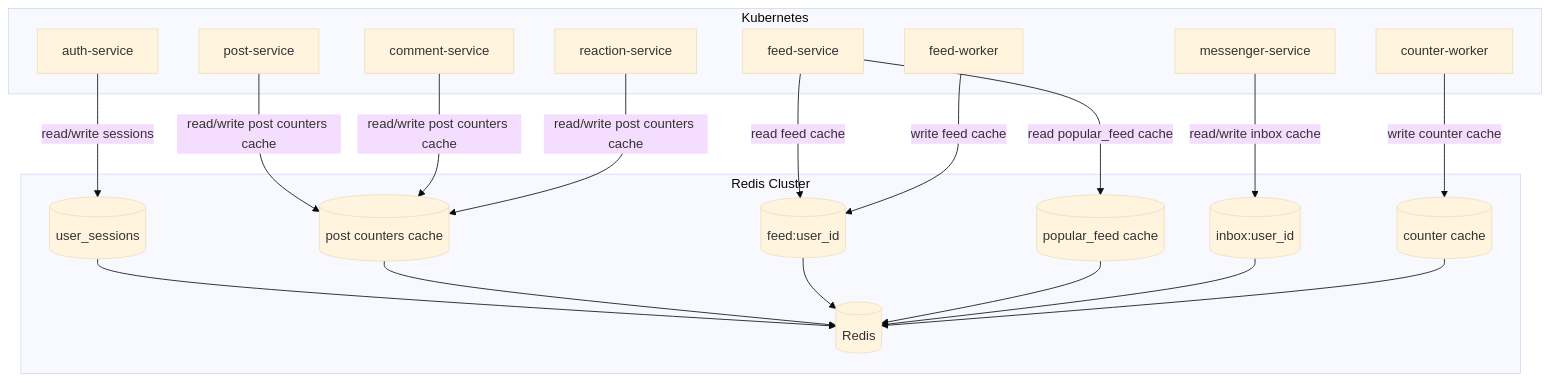
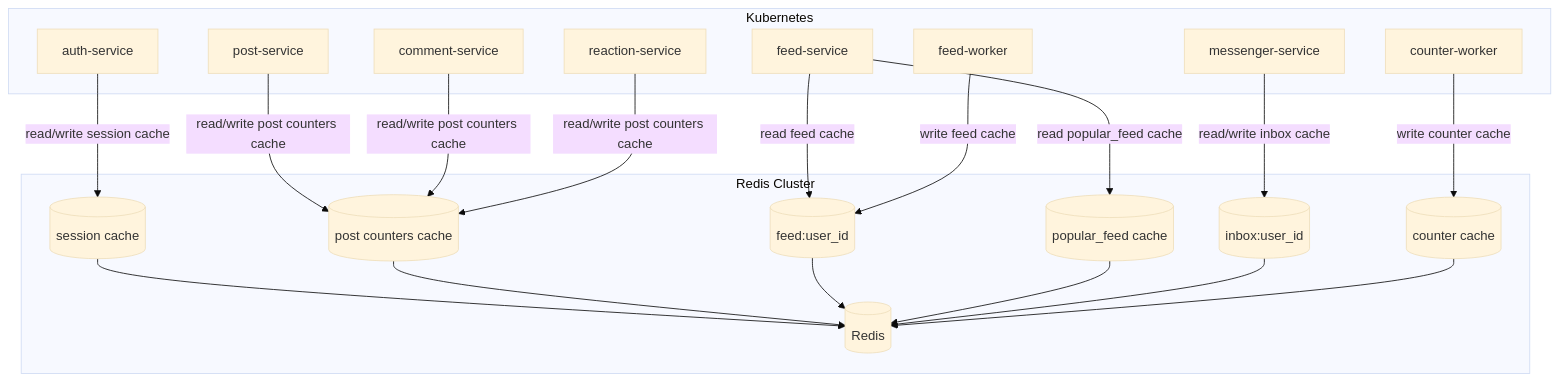
The fourth of 7 diagrams in hw/10.md (sorrtory/VkEdu-Highload), drawn with Mermaid (base theme) before and after one commit. The commit also changed other lines of this file and 9 other files, not shown here.

````diff
--- a/hw/10.md
+++ b/hw/10.md
@@ -312,46 +313,46 @@
 ```mermaid
 flowchart TB
     subgraph k8s["Kubernetes"]
         Auth[auth-service]
         Post[post-service]
         Comment[comment-service]
         Reaction[reaction-service]
         Feed[feed-service]
         Messenger[messenger-service]
 
         FeedWorker[feed-worker]
         CounterWorker[counter-worker]
     end
 
     subgraph Redis["Redis Cluster"]
         RedisNode[(Redis)]
 
-        UserSessions[("user_sessions")]
+        UserSessions[("session cache")]
         PostCountersCache[("post counters cache")]
         FeedCache[("feed:user_id")]
         PopularFeedCache[("popular_feed cache")]
         InboxCache[("inbox:user_id")]
         CounterCache[("counter cache")]
     end
 
-    Auth -->|read/write sessions| UserSessions
+    Auth -->|read/write session cache| UserSessions
 
     Post -->|read/write post counters cache| PostCountersCache
     Comment -->|read/write post counters cache| PostCountersCache
     Reaction -->|read/write post counters cache| PostCountersCache
 
     Feed -->|read feed cache| FeedCache
     Feed -->|read popular_feed cache| PopularFeedCache
 
     Messenger -->|read/write inbox cache| InboxCache
 
     FeedWorker -->|write feed cache| FeedCache
     CounterWorker -->|write counter cache| CounterCache
 
     UserSessions --> RedisNode
     PostCountersCache --> RedisNode
     FeedCache --> RedisNode
     PopularFeedCache --> RedisNode
     InboxCache --> RedisNode
     CounterCache --> RedisNode
 ```
````
